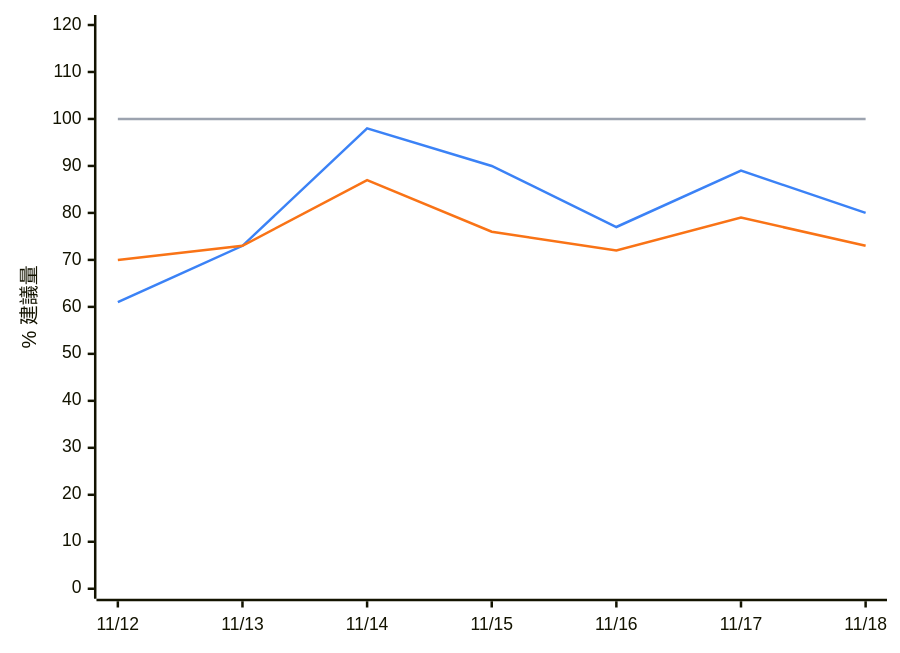
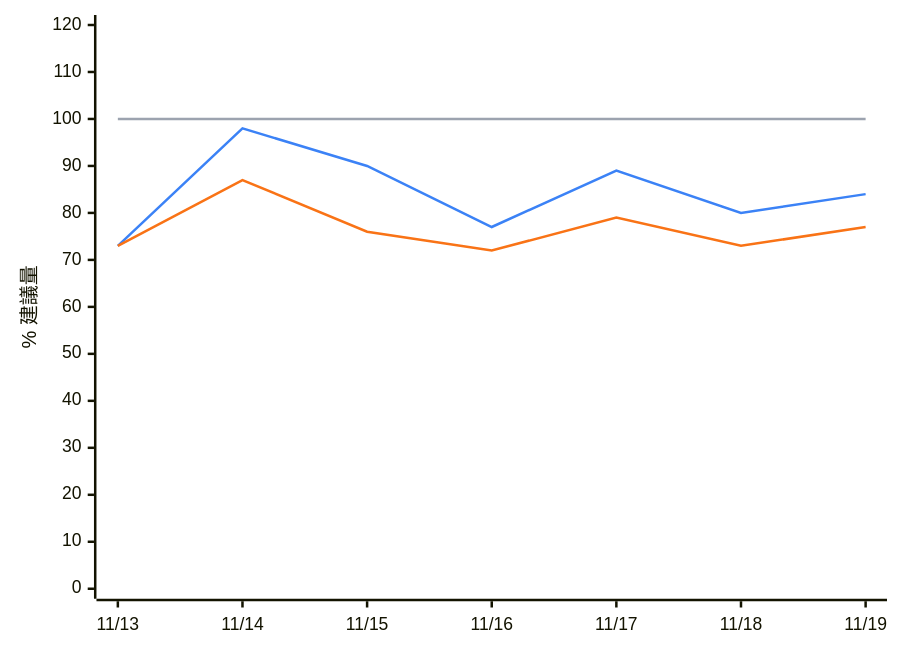
One commit to PorriD63/MinaLisa changed the diagram in README.md. Above: the diagram before and after it, drawn with Mermaid. The commit also changed other lines of this file and 2 other files, not shown here.

````diff
--- a/README.md
+++ b/README.md
@@ -34,9 +28,9 @@
 ```mermaid
 %%{init: {"themeVariables": {"xyChart": {"plotColorPalette": "#3b82f6, #f97316, #9ca3af"}}}}%%
 xychart-beta
-    x-axis ["11/12", "11/13", "11/14", "11/15", "11/16", "11/17", "11/18"]
+    x-axis ["11/13", "11/14", "11/15", "11/16", "11/17", "11/18", "11/19"]
     y-axis "% 建議量" 0 --> 120
-    line [61, 73, 98, 90, 77, 89, 80]
-    line [70, 73, 87, 76, 72, 79, 73]
+    line [73, 98, 90, 77, 89, 80, 84]
+    line [73, 87, 76, 72, 79, 73, 77]
     line [100, 100, 100, 100, 100, 100, 100]
 ```
````
